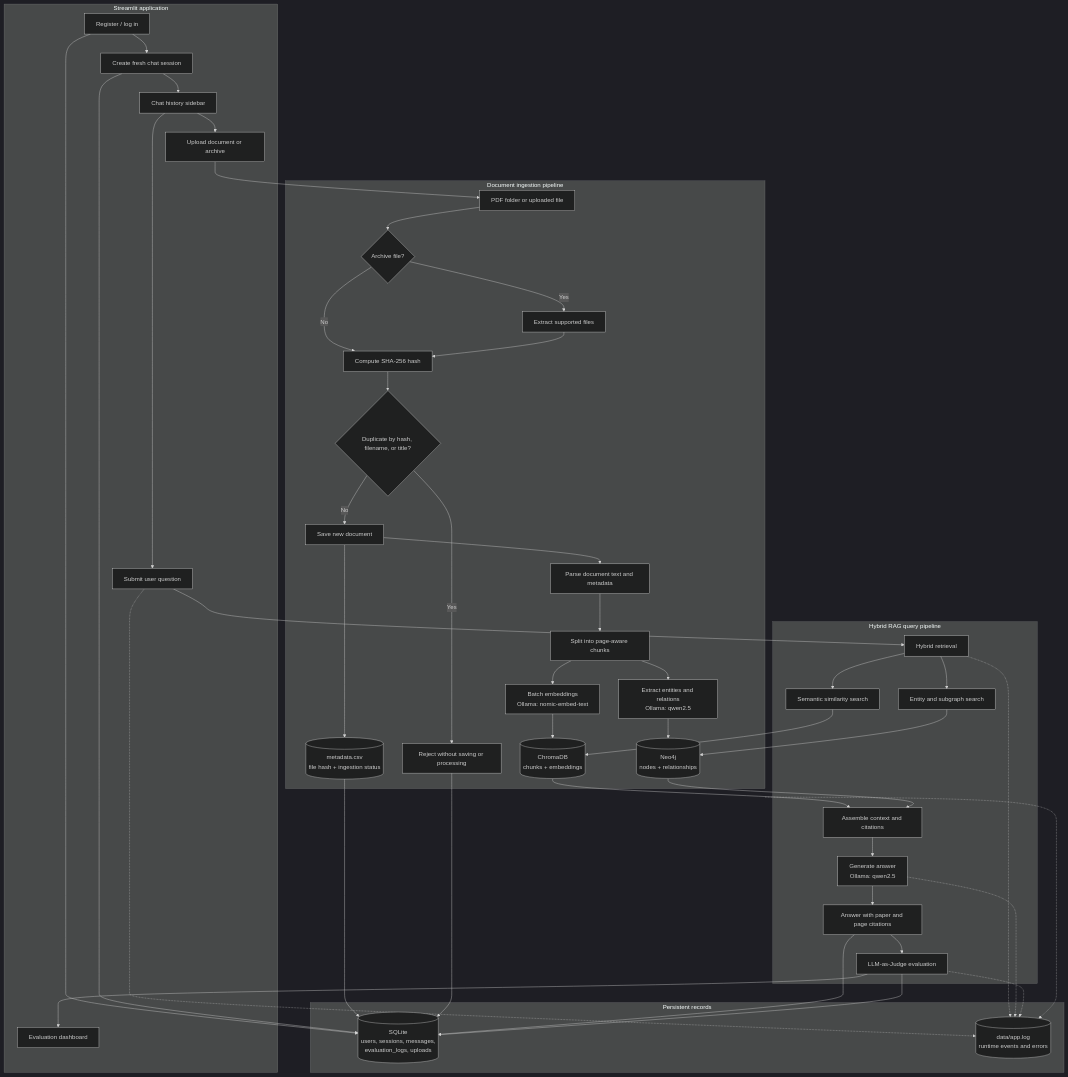
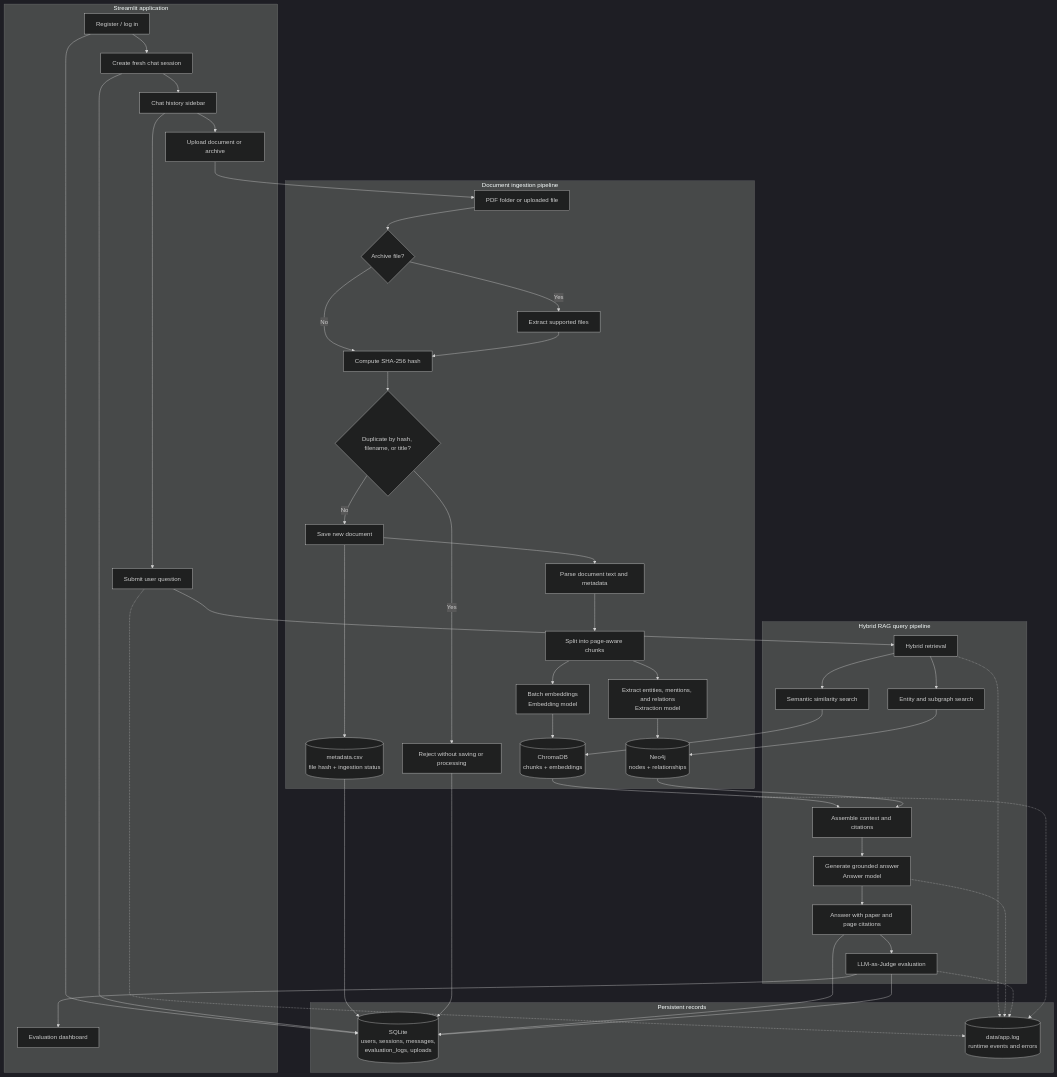
Before and after one commit to omartt4/AI-project-group: the third of 3 diagrams in README.md, drawn with Mermaid (dark theme). The commit also changed other lines of this file and 27 other files, not shown here.

Commit message:
redesign graph schema and add cloud model routing

```diff
--- a/README.md
+++ b/README.md
@@ -118,9 +119,9 @@
         Save["Save new document"]
         Parse["Parse document text and metadata"]
         Chunk["Split into page-aware chunks"]
-        Embed["Batch embeddings<br>Ollama: nomic-embed-text"]
+        Embed["Batch embeddings<br>Embedding model"]
         VectorStore[("ChromaDB<br>chunks + embeddings")]
-        Extract["Extract entities and relations<br>Ollama: qwen2.5"]
+        Extract["Extract entities, mentions, and relations<br>Extraction model"]
         GraphStore[("Neo4j<br>nodes + relationships")]
         Metadata[("metadata.csv<br>file hash + ingestion status")]
     end
@@ -130,7 +131,7 @@
         VectorSearch["Semantic similarity search"]
         GraphSearch["Entity and subgraph search"]
         Context["Assemble context and citations"]
-        Generate["Generate answer<br>Ollama: qwen2.5"]
+        Generate["Generate grounded answer<br>Answer model"]
         Answer["Answer with paper and page citations"]
         Evaluate["LLM-as-Judge evaluation"]
     end
```
